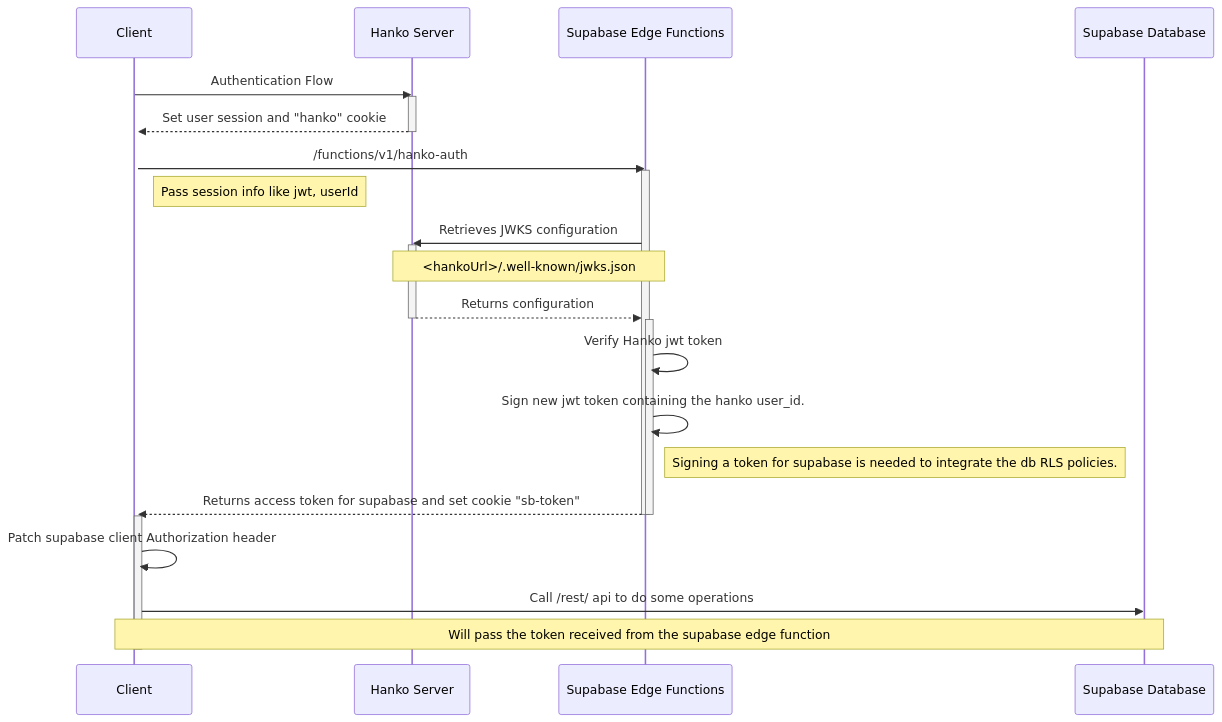
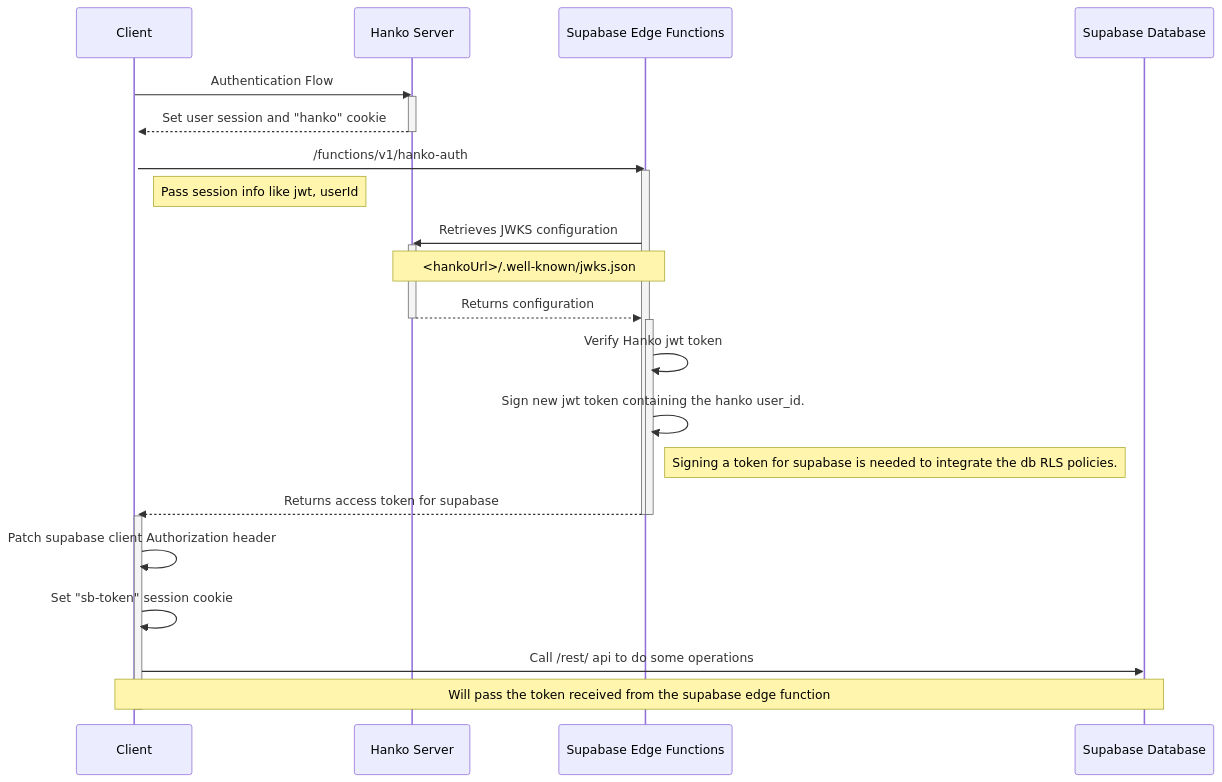
The diagram in README.md (riccardoperra/specflow), drawn with Mermaid before and after one commit. The commit also changed 3 other files, not shown here.

Commit message:
fix auth flow for preview

````diff
--- a/README.md
+++ b/README.md
@@ -98,32 +98,33 @@
 ```mermaid
 sequenceDiagram
     participant Client
     participant Hanko Server
     participant Supabase Edge Functions
     participant Supabase Database
     Client ->> Hanko Server: Authentication Flow
     activate Client
     activate Hanko Server
     Hanko Server -->> Client: Set user session and "hanko" cookie
     deactivate Hanko Server
     Client ->> Supabase Edge Functions: /functions/v1/hanko-auth
     activate Supabase Edge Functions
     Note right of Client: Pass session info like jwt, userId
     Supabase Edge Functions ->> Hanko Server: Retrieves JWKS configuration
     activate Hanko Server
     Note over Supabase Edge Functions, Hanko Server: <hankoUrl>/.well-known/jwks.json
     Hanko Server -->> Supabase Edge Functions: Returns configuration
     deactivate Hanko Server
     activate Supabase Edge Functions
     Supabase Edge Functions ->> Supabase Edge Functions: Verify Hanko jwt token
     Supabase Edge Functions ->> Supabase Edge Functions: Sign new jwt token containing the hanko user_id.
     Note right of Supabase Edge Functions: Signing a token for supabase is needed to integrate the db RLS policies.
-    Supabase Edge Functions -->> Client: Returns access token for supabase and set cookie "sb-token"
+    Supabase Edge Functions -->> Client: Returns access token for supabase
     deactivate Supabase Edge Functions
     deactivate Supabase Edge Functions
     activate Client
     Client ->> Client: Patch supabase client Authorization header
+    Client ->> Client: Set "sb-token" session cookie
     Client ->> Supabase Database: Call /rest/ api to do some operations
     note over Client, Supabase Database: Will pass the token received from the supabase edge function
     deactivate Client
 ```
````
